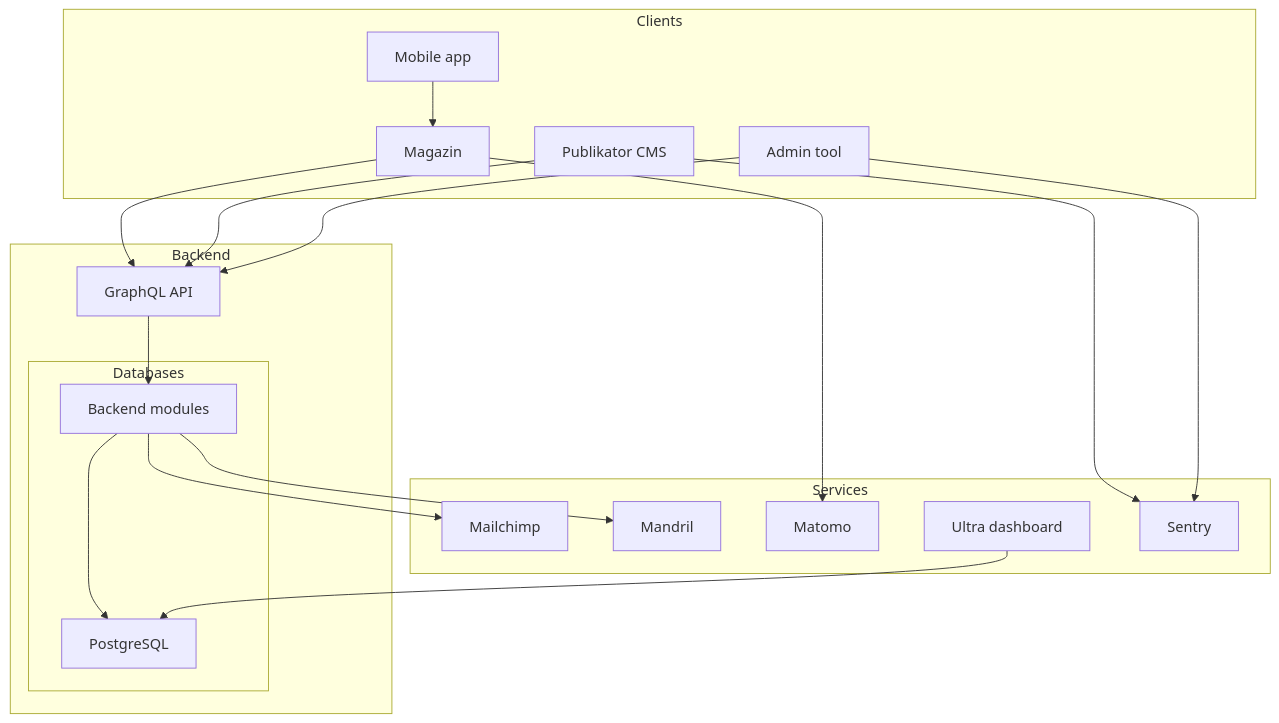
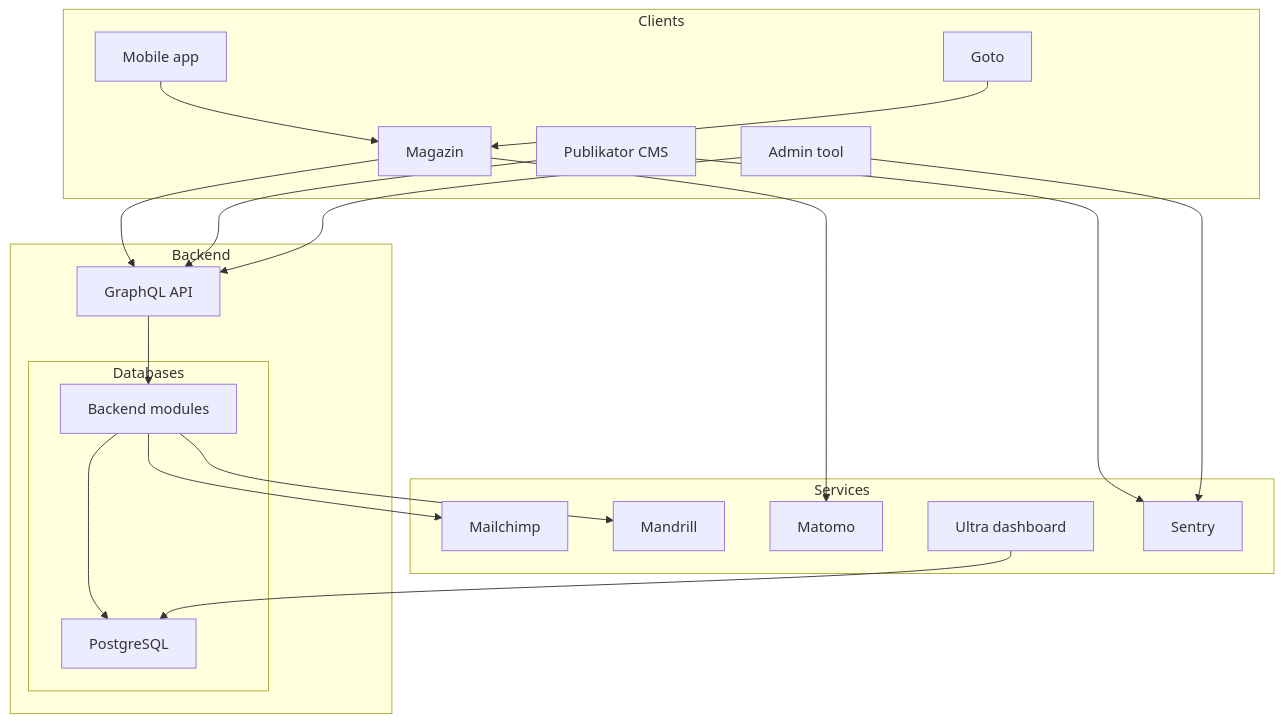
The diagram in docs/pages/software/architecture.md (republik/plattform), drawn with Mermaid before and after one commit. The commit also changed other lines of this file and 3 other files, not shown here.

First line of the commit message:
Goto-App (#692)

````diff
--- a/docs/pages/software/architecture.md
+++ b/docs/pages/software/architecture.md
@@ -5,42 +5,44 @@
 ```mermaid
 graph TD;
   subgraph Clients [Clients]
-  APP[Mobile app];
-  MAGAZIN[Magazin];
-  PUBLIKATOR[Publikator CMS];
-  ADMIN[Admin tool];
-  APP --> MAGAZIN;
+    APP[Mobile app];
+    MAGAZIN[Magazin];
+    PUBLIKATOR[Publikator CMS];
+    ADMIN[Admin tool];
+    GOTO[Goto];
+    APP --> MAGAZIN;
+    GOTO --> MAGAZIN;
   end
 
   subgraph Backend [Backend]
     API[GraphQL API];
     BACKEND_MODULES[Backend modules];
     API --> BACKEND_MODULES;
     MAGAZIN --> API;
     PUBLIKATOR --> API;
     ADMIN --> API;
 
     subgraph Databases [Databases]
       DB[PostgreSQL];
       BACKEND_MODULES --> DB;
     end
 
   end
 
   subgraph Services [Services]
     MAILCHIMP[Mailchimp];
-    MANDRIL[Mandril];
+    MANDRILL[Mandrill];
     MATOMO[Matomo];
     ULTRA[Ultra dashboard];
     SENTRY[Sentry];
 
     BACKEND_MODULES --> MAILCHIMP;
-    BACKEND_MODULES --> MANDRIL;
+    BACKEND_MODULES --> MANDRILL;
 
     MAGAZIN --> MATOMO;
     PUBLIKATOR --> SENTRY;
     ADMIN --> SENTRY;
 
     ULTRA --> DB;
   end
 ```
````
